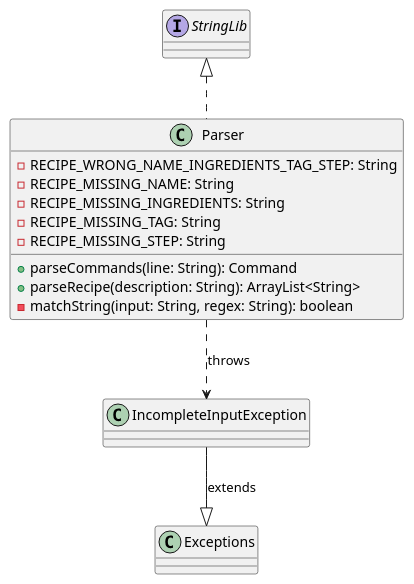
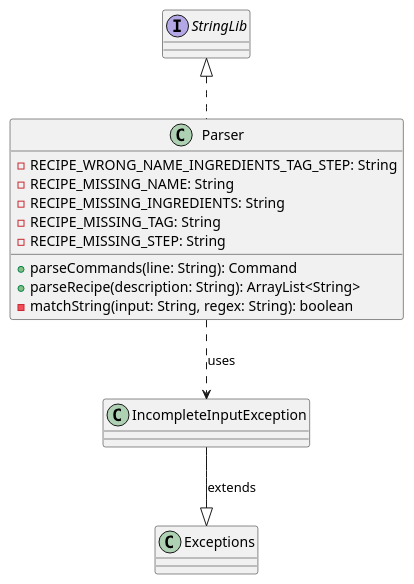
One commit to nus-cs2113-AY2223S2/tp changed the diagram in docs/PlantUML/ParserComponent.puml. Above: the diagram before and after it, drawn with PlantUML. The commit also changed 3 other files, not shown here.

Commit message:
Add Command component to DG, edit throws to uses for ParserComponent

```diff
--- a/docs/PlantUML/ParserComponent.puml
+++ b/docs/PlantUML/ParserComponent.puml
@@ -1,23 +1,23 @@
 @startuml ParserComponent
 
 class Parser implements StringLib {
   +parseCommands(line: String): Command
   +parseRecipe(description: String): ArrayList<String>
   -matchString(input: String, regex: String): boolean
   -RECIPE_WRONG_NAME_INGREDIENTS_TAG_STEP: String
   -RECIPE_MISSING_NAME: String
   -RECIPE_MISSING_INGREDIENTS: String
   -RECIPE_MISSING_TAG: String
   -RECIPE_MISSING_STEP: String
 }
 
 class IncompleteInputException {
 }
 
 class Exceptions {
 }
 
 IncompleteInputException --|> Exceptions : extends
-Parser ..> IncompleteInputException : throws
+Parser ..> IncompleteInputException : uses
 
 @enduml
```
